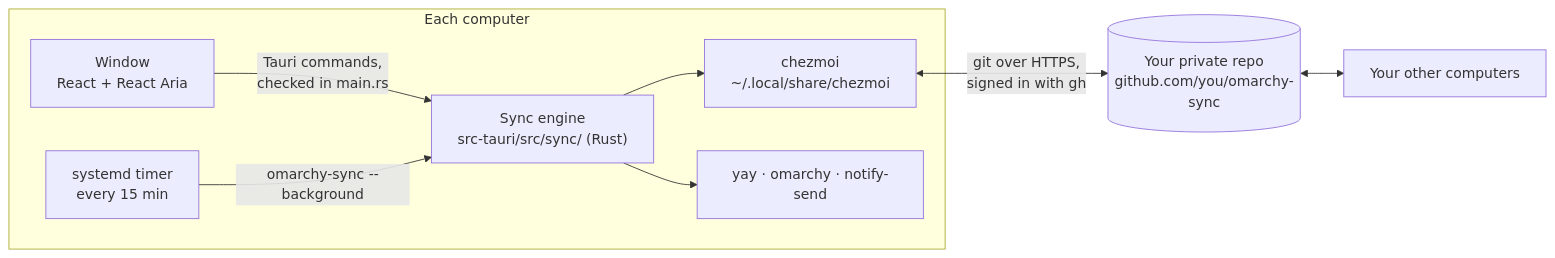
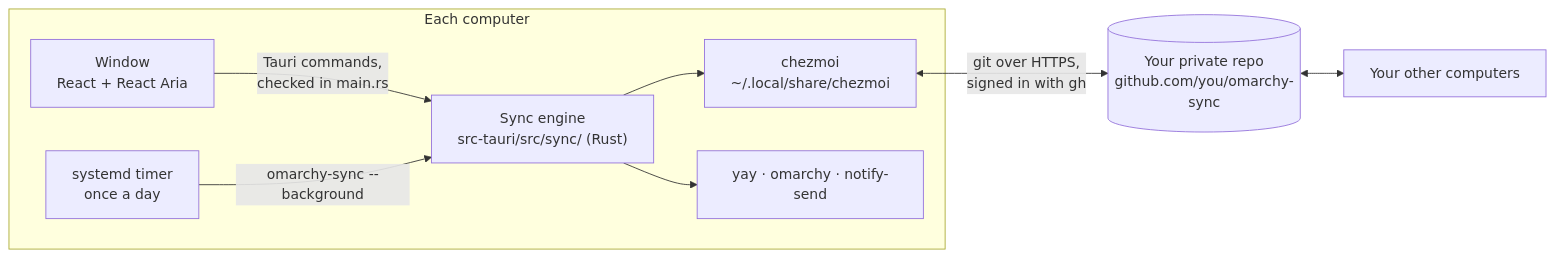
Before and after one commit to tsubaie/OmaSync: the diagram in README.md, drawn with Mermaid. The commit also changed other lines of this file and 3 other files, not shown here.

First line of the commit message:
Background sync once a day at midnight, catching up after a day off

````diff
--- a/README.md
+++ b/README.md
@@ -204,11 +204,11 @@
 ```mermaid
 flowchart LR
   subgraph PC["Each computer"]
     UI["Window<br/>React + React Aria"] -->|Tauri commands,<br/>checked in main.rs| Engine["Sync engine<br/>src-tauri/src/sync/ (Rust)"]
-    Timer["systemd timer<br/>every 15 min"] -->|omarchy-sync --background| Engine
+    Timer["systemd timer<br/>once a day"] -->|omarchy-sync --background| Engine
     Engine --> Chezmoi["chezmoi<br/>~/.local/share/chezmoi"]
     Engine --> Tools["yay · omarchy · notify-send"]
   end
   Chezmoi <-->|git over HTTPS,<br/>signed in with gh| Repo[("Your private repo<br/>github.com/you/omarchy-sync")]
   Repo <--> Other["Your other computers"]
 ```
````
